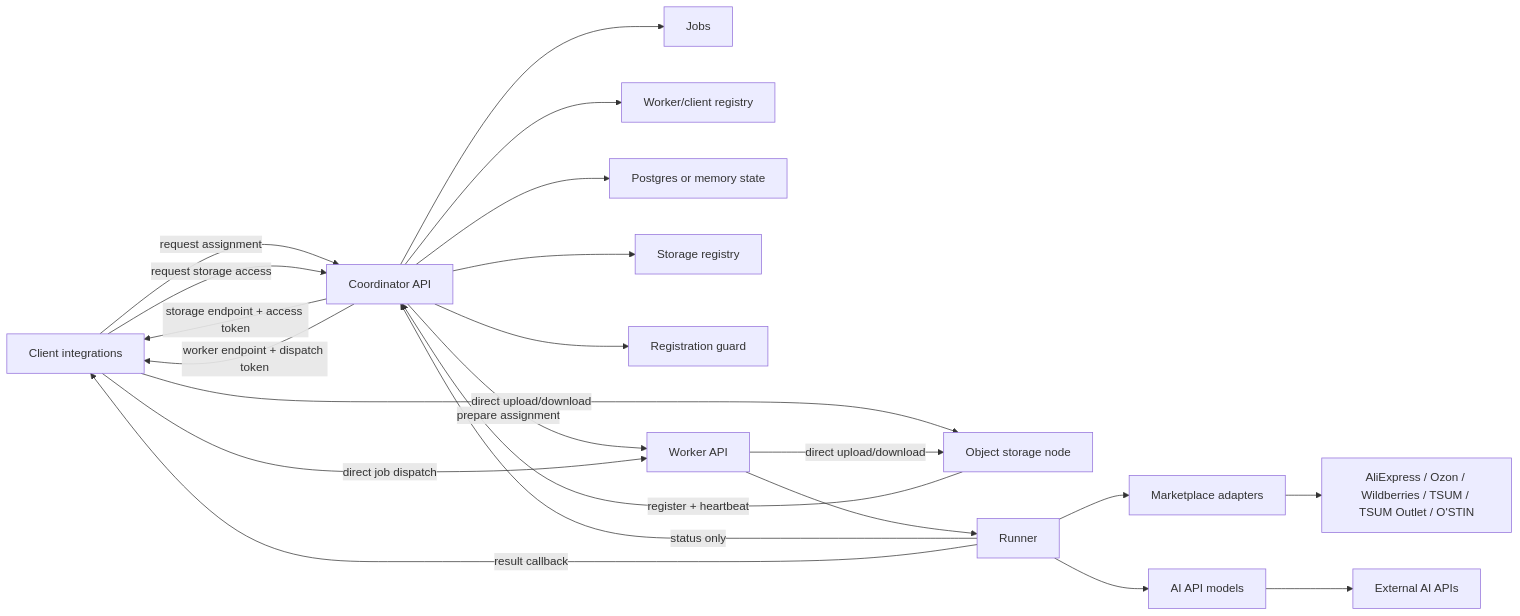
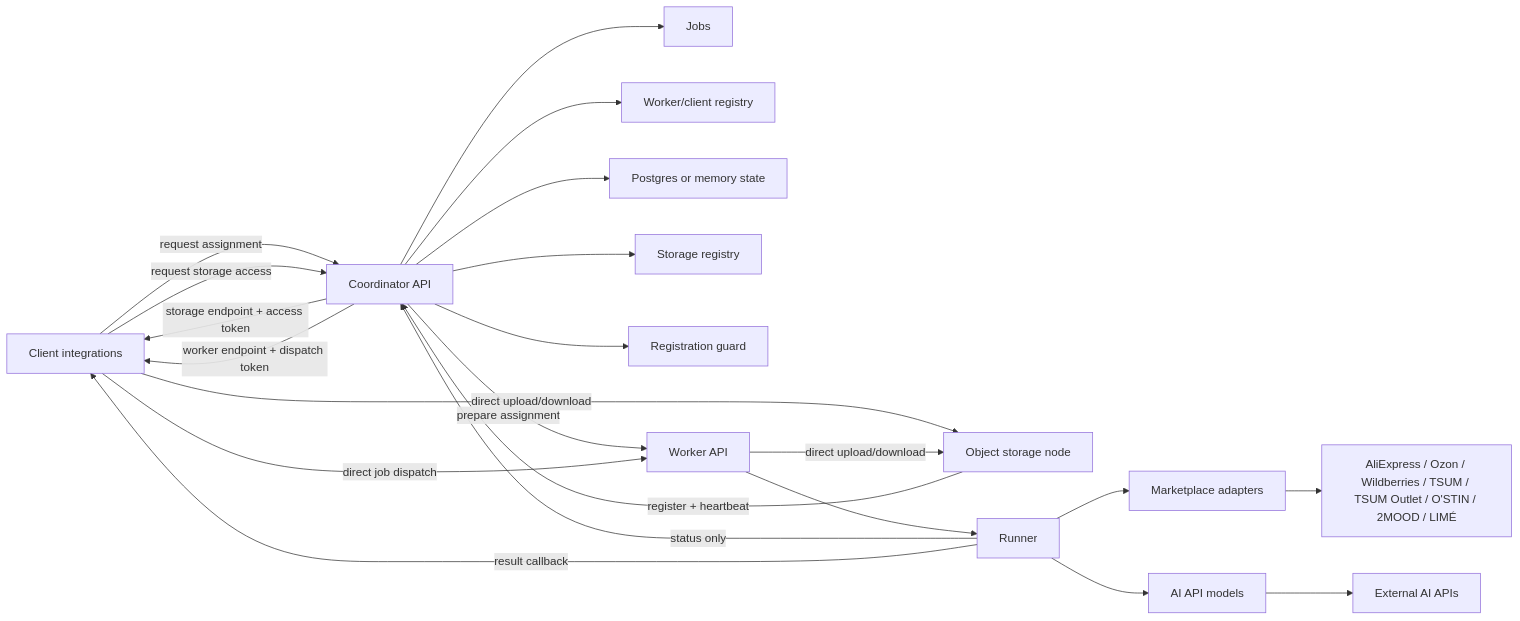
Before and after one commit to dmitriishobolov/TryOnService: the diagram in README.md, drawn with Mermaid. The commit also changed other lines of this file and 17 other files, not shown here.

Commit message:
Add 2MOOD and Lime market parsers

````diff
--- a/README.md
+++ b/README.md
@@ -26,24 +26,24 @@
 ```mermaid
 flowchart LR
     Client["Client integrations"] -->|"request assignment"| CoordinatorAPI["Coordinator API"]
     CoordinatorAPI --> Jobs["Jobs"]
     CoordinatorAPI --> Registry["Worker/client registry"]
     CoordinatorAPI --> DB["Postgres or memory state"]
     CoordinatorAPI --> StorageRegistry["Storage registry"]
     CoordinatorAPI --> Security["Registration guard"]
     StorageNode["Object storage node"] -->|"register + heartbeat"| CoordinatorAPI
     Client -->|"request storage access"| CoordinatorAPI
     CoordinatorAPI -->|"storage endpoint + access token"| Client
     Client -->|"direct upload/download"| StorageNode
     WorkerAPI -->|"direct upload/download"| StorageNode
     CoordinatorAPI -->|"prepare assignment"| WorkerAPI
     CoordinatorAPI -->|"worker endpoint + dispatch token"| Client
     Client -->|"direct job dispatch"| WorkerAPI["Worker API"]
     WorkerAPI --> Runner["Runner"]
     Runner --> Market["Marketplace adapters"]
-    Market --> Marketplaces["AliExpress / Ozon / Wildberries / TSUM / TSUM Outlet / O'STIN"]
+    Market --> Marketplaces["AliExpress / Ozon / Wildberries / TSUM / TSUM Outlet / O'STIN / 2MOOD / LIMÉ"]
     Runner --> Models["AI API models"]
     Models --> AI["External AI APIs"]
     Runner -->|"status only"| CoordinatorAPI
     Runner -->|"result callback"| Client
 ```
````
